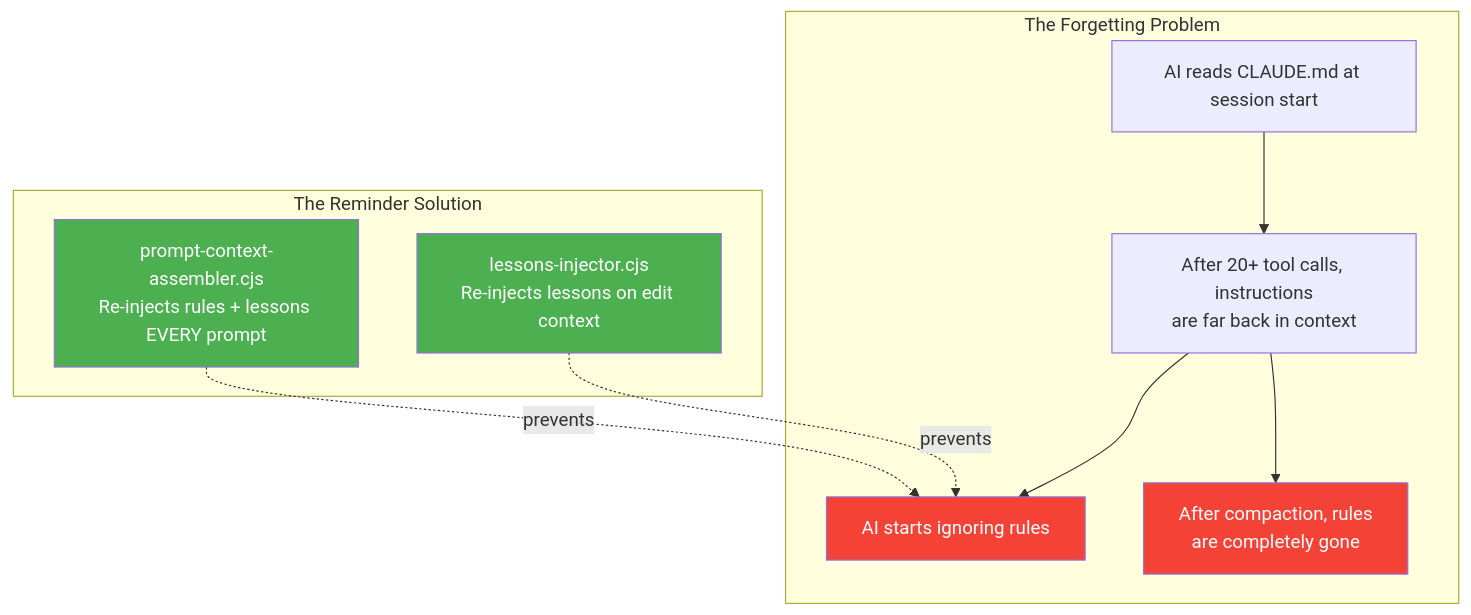
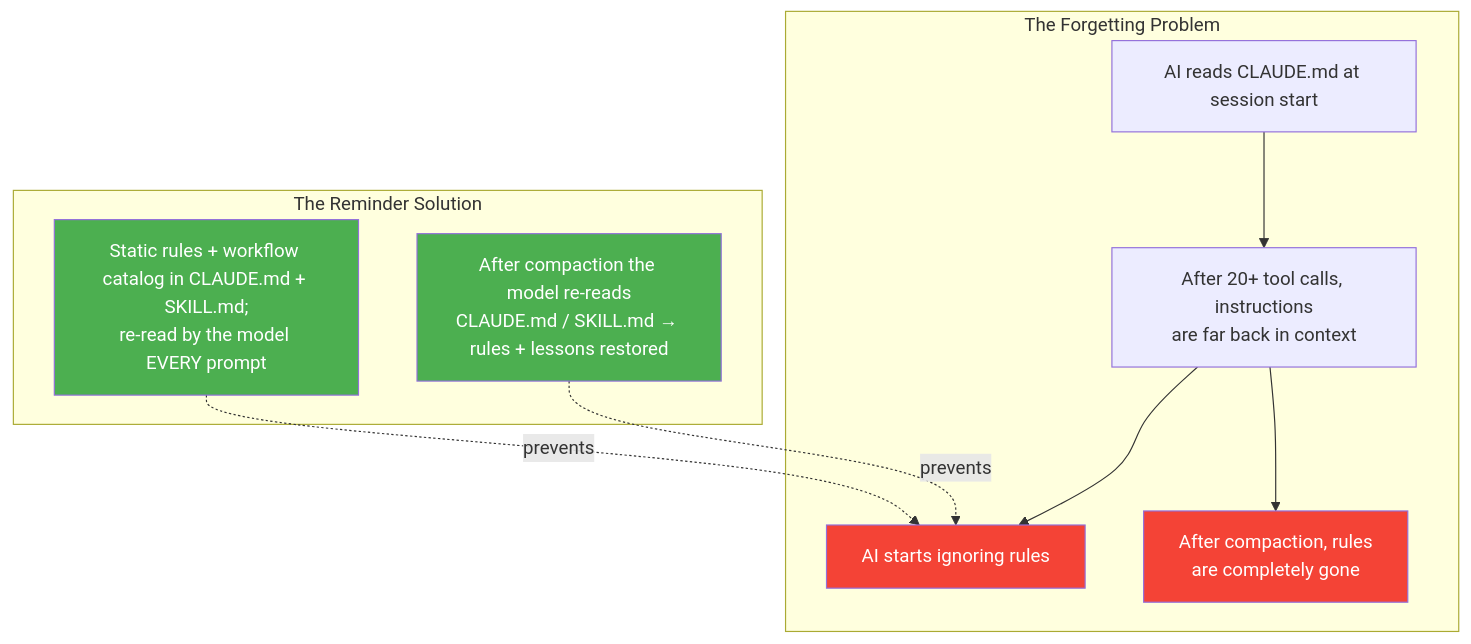
The tenth of 20 diagrams in .claude/docs/claude-ai-agent-framework-guide.md (duc01226/EasyPlatform), drawn with Mermaid before and after one commit. The commit also changed other lines of this file and 1280 other files, not shown here.

````diff
--- a/.claude/docs/claude-ai-agent-framework-guide.md
+++ b/.claude/docs/claude-ai-agent-framework-guide.md
@@ -1075,24 +1030,24 @@
 ```mermaid
 graph TB
     subgraph "The Forgetting Problem"
         F1[AI reads CLAUDE.md at session start]
         F2[After 20+ tool calls, instructions<br/>are far back in context]
         F3[AI starts ignoring rules]
         F4[After compaction, rules<br/>are completely gone]
     end
 
     subgraph "The Reminder Solution"
-        R1[prompt-context-assembler.cjs<br/>Re-injects rules + lessons EVERY prompt]
-        R2[lessons-injector.cjs<br/>Re-injects lessons on edit context]
+        R1[Static rules + workflow catalog in CLAUDE.md + SKILL.md;<br/>re-read by the model EVERY prompt]
+        R2[After compaction the model re-reads<br/>CLAUDE.md / SKILL.md → rules + lessons restored]
     end
 
     F1 --> F2 --> F3
     F2 --> F4
     R1 -.->|prevents| F3
     R2 -.->|prevents| F3
 
     style F3 fill:#f44336,color:white
     style F4 fill:#f44336,color:white
     style R1 fill:#4CAF50,color:white
     style R2 fill:#4CAF50,color:white
 ```
````
